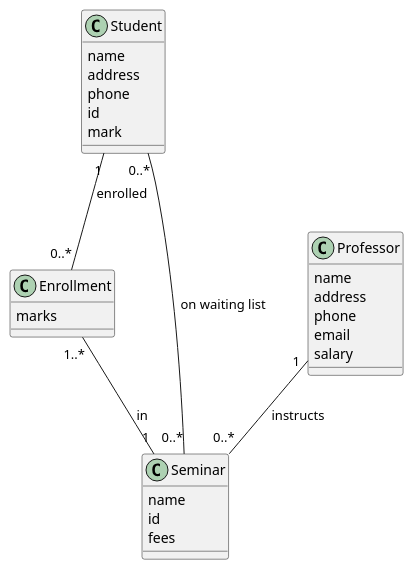
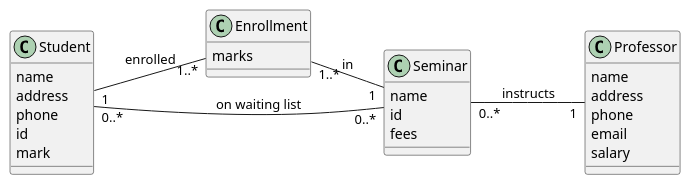
The diagram in GPT-5/53.jpg.only.plantuml (waltatgit/uml), drawn with PlantUML before and after one commit. The commit also changed 479 other files, not shown here.

```diff
--- a/GPT-5/53.jpg.only.plantuml
+++ b/GPT-5/53.jpg.only.plantuml
@@ -1,34 +1,40 @@
 @startuml
+' Assumptions are made based on the drawing:
+' - Each Enrollment is linked to exactly one Seminar; a Seminar has 1..* Enrollments.
+' - Each Student has 1..* Enrollments.
+' - The waiting list is many-to-many between Student and Seminar (0..* on both ends).
+' - Each Seminar is instructed by exactly one Professor; a Professor instructs 0..* Seminars.
+left to right direction
 
 class Student {
-    name
-    address
-    phone
-    id
-    mark
+  name
+  address
+  phone
+  id
+  mark
 }
 
 class Enrollment {
-    marks
+  marks
 }
 
 class Seminar {
-    name
-    id
-    fees
+  name
+  id
+  fees
 }
 
 class Professor {
-    name
-    address
-    phone
-    email
-    salary
+  name
+  address
+  phone
+  email
+  salary
 }
 
-Student "1" -- "0..*" Enrollment : enrolled
+Student "1" -- "1..*" Enrollment : enrolled
 Enrollment "1..*" -- "1" Seminar : in
-Seminar "0..*" -- "0..*" Student : on waiting list
-Professor "1" -- "0..*" Seminar : instructs
+Student "0..*" -- "0..*" Seminar : on waiting list
+Seminar "0..*" -- "1" Professor : instructs
 
 @enduml
```
